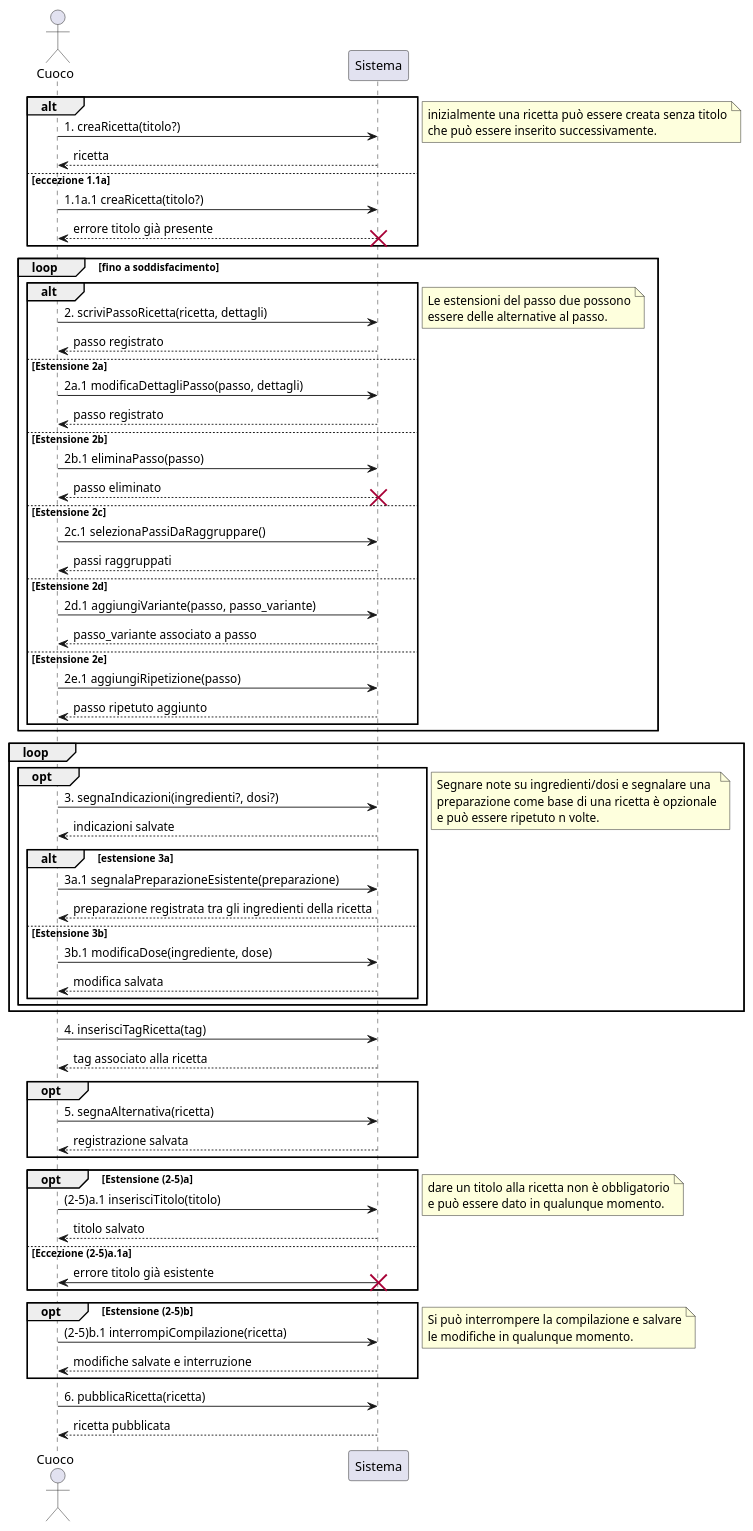
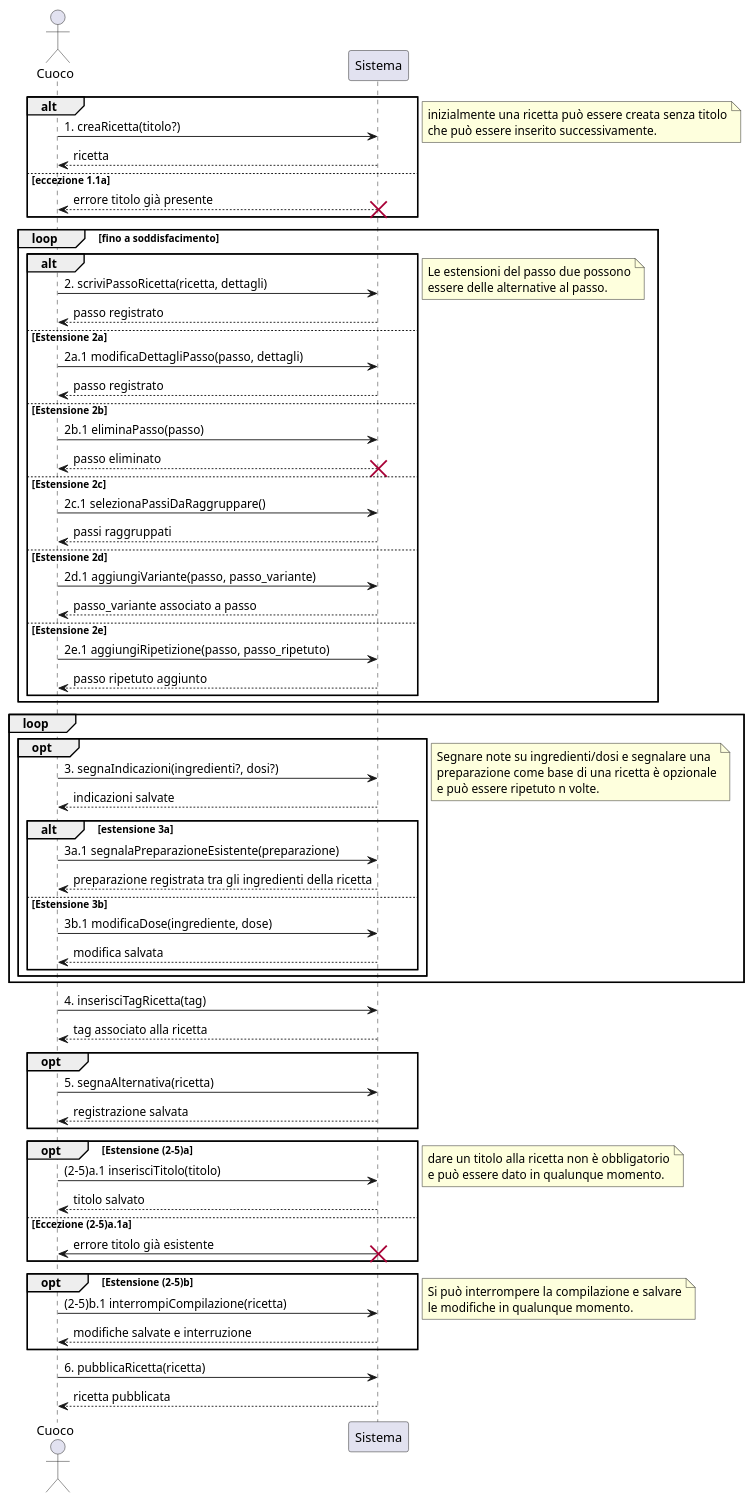
One commit to m0canu1/sas changed the diagram in ssd/ssd-ricette.md. Above: the diagram before and after it, drawn with PlantUML.

Commit message:
ssd ricette aggiornato

````diff
--- a/ssd/ssd-ricette.md
+++ b/ssd/ssd-ricette.md
@@ -1,82 +1,80 @@
 ```plantuml
 
 actor Cuoco
 participant Sistema
 
 alt 
 Cuoco -> Sistema : 1. creaRicetta(titolo?)
 	Sistema --> Cuoco : ricetta
 else eccezione 1.1a
-Cuoco -> Sistema : 1.1a.1 creaRicetta(titolo?)
-	
 	Sistema --> Cuoco : errore titolo già presente
 	destroy Sistema
 end
 note right: inizialmente una ricetta può essere creata senza titolo\nche può essere inserito successivamente.
 loop fino a soddisfacimento 
 		alt 
 		Cuoco -> Sistema : 2. scriviPassoRicetta(ricetta, dettagli)
 		Sistema --> Cuoco : passo registrato
 		else Estensione 2a
 			Cuoco -> Sistema: 2a.1 modificaDettagliPasso(passo, dettagli)
 			Sistema --> Cuoco: passo registrato 
 		else Estensione 2b
 			Cuoco -> Sistema: 2b.1 eliminaPasso(passo)
 			Sistema --> Cuoco: passo eliminato
 			destroy Sistema 
         else Estensione 2c
             Cuoco -> Sistema: 2c.1 selezionaPassiDaRaggruppare()
             Sistema --> Cuoco: passi raggruppati
         else Estensione 2d
             Cuoco -> Sistema : 2d.1 aggiungiVariante(passo, passo_variante)
             Sistema --> Cuoco: passo_variante associato a passo
         else Estensione 2e
-            Cuoco -> Sistema : 2e.1 aggiungiRipetizione(passo)
+            Cuoco -> Sistema : 2e.1 aggiungiRipetizione(passo, passo_ripetuto)
             Sistema --> Cuoco: passo ripetuto aggiunto
         end
 		note right: Le estensioni del passo due possono\nessere delle alternative al passo.
 end
 
 loop
 	opt	
 			Cuoco -> Sistema : 3. segnaIndicazioni(ingredienti?, dosi?)
 			Sistema --> Cuoco : indicazioni salvate
 			alt estensione 3a
 				Cuoco -> Sistema : 3a.1 segnalaPreparazioneEsistente(preparazione)
 				Sistema --> Cuoco : preparazione registrata tra gli ingredienti della ricetta
 			else Estensione 3b
 				Cuoco -> Sistema : 3b.1 modificaDose(ingrediente, dose)
 				Sistema --> Cuoco: modifica salvata
 			end
 	end
 	note right: Segnare note su ingredienti/dosi e segnalare una\npreparazione come base di una ricetta è opzionale\ne può essere ripetuto n volte.
 
 end
 Cuoco -> Sistema : 4. inserisciTagRicetta(tag)
 Sistema --> Cuoco : tag associato alla ricetta
 
 opt
     Cuoco -> Sistema : 5. segnaAlternativa(ricetta)
     Sistema --> Cuoco : registrazione salvata
 end
 
 opt Estensione (2-5)a
 		Cuoco -> Sistema : (2-5)a.1 inserisciTitolo(titolo)
 		Sistema --> Cuoco: titolo salvato
 	else Eccezione (2-5)a.1a
 		Sistema -> Cuoco : errore titolo già esistente
 		destroy Sistema
 end
 note right: dare un titolo alla ricetta non è obbligatorio\ne può essere dato in qualunque momento.
 
 opt Estensione (2-5)b
 	Cuoco -> Sistema :(2-5)b.1 interrompiCompilazione(ricetta)
 	Sistema --> Cuoco : modifiche salvate e interruzione
 end
 note right: Si può interrompere la compilazione e salvare\nle modifiche in qualunque momento.
 
 Cuoco -> Sistema : 6. pubblicaRicetta(ricetta)
 Sistema --> Cuoco : ricetta pubblicata
 
 
 ```
````
